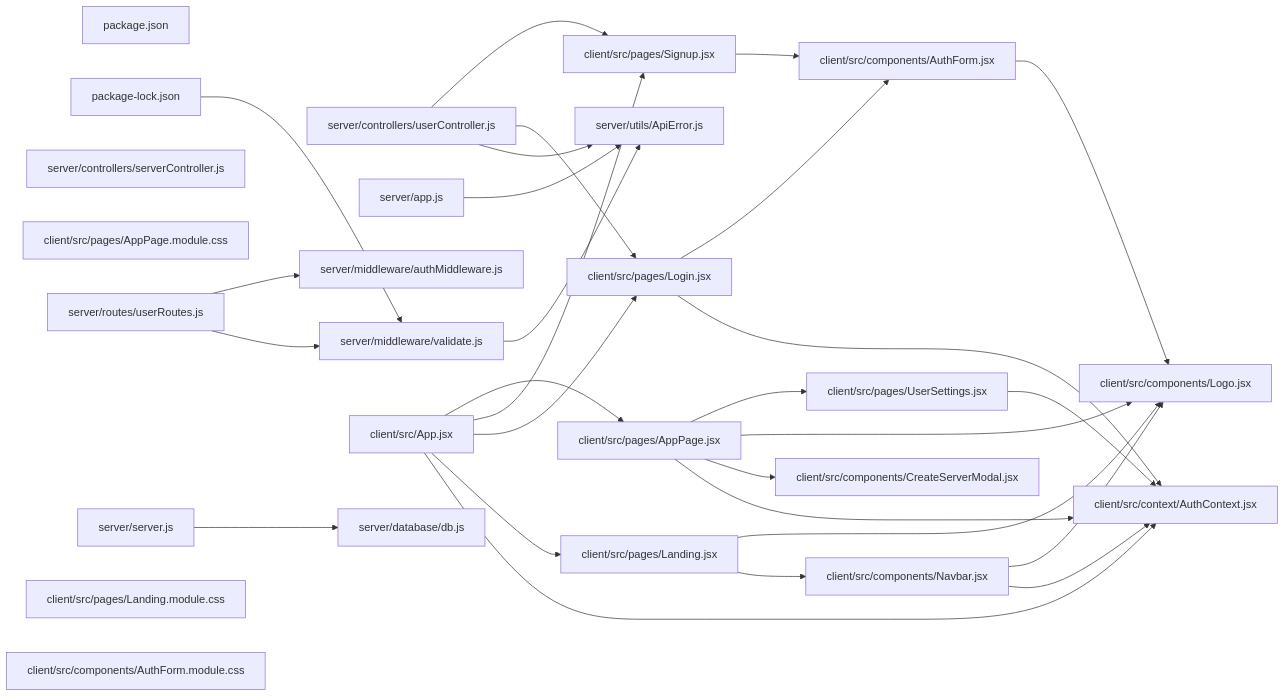
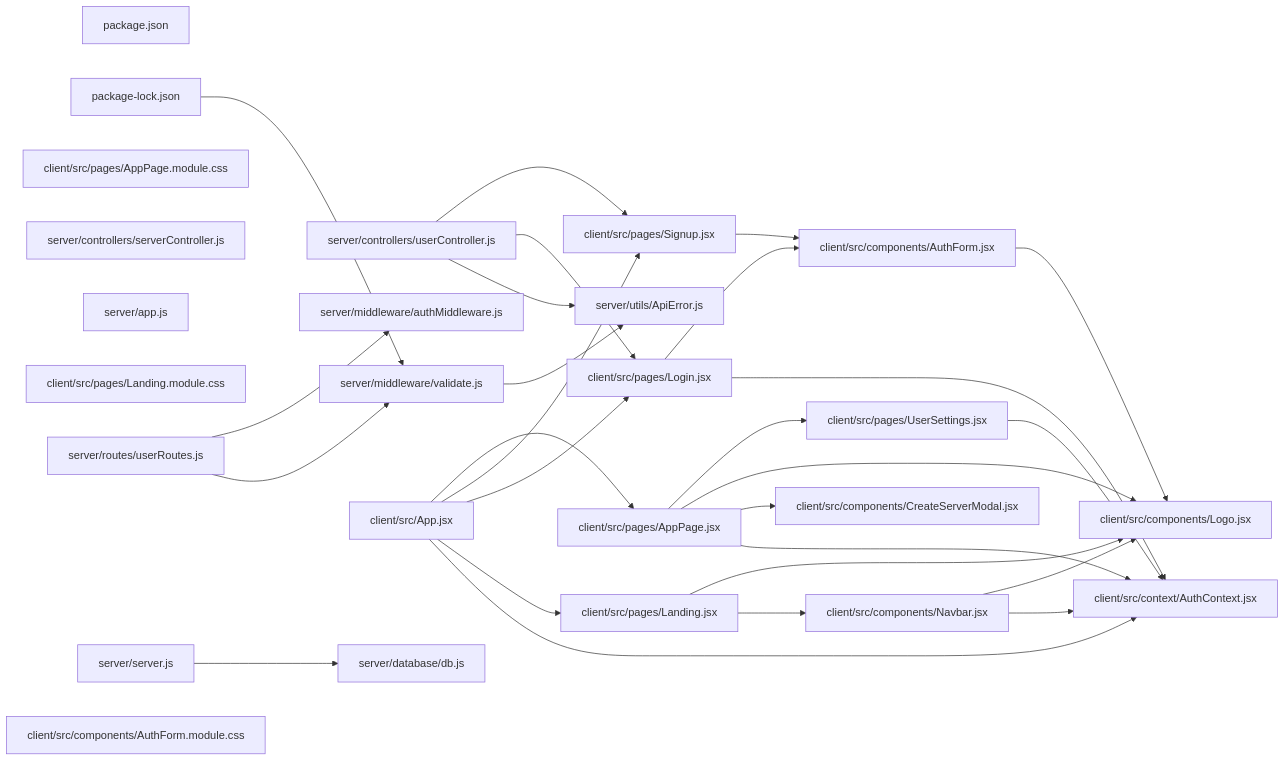
Before and after one commit to MasterXCoder/LinkSphere: the diagram in CONTEXT.md, drawn with Mermaid. The commit also changed other lines of this file and 2 other files, not shown here.

````diff
--- a/CONTEXT.md
+++ b/CONTEXT.md
@@ -231,55 +227,54 @@
 ```mermaid
 graph LR
     f0["client/src/context/AuthContext.jsx"]
     f1["client/src/pages/AppPage.jsx"]
     f2["server/controllers/userController.js"]
     f3["client/src/pages/UserSettings.jsx"]
-    f4["package.json"]
-    f5["package-lock.json"]
-    f6["client/src/components/AuthForm.jsx"]
+    f4["client/src/pages/Signup.jsx"]
+    f5["package.json"]
+    f6["package-lock.json"]
     f7["client/src/pages/Login.jsx"]
     f8["client/src/pages/Landing.jsx"]
-    f9["client/src/components/Navbar.jsx"]
-    f10["client/src/components/CreateServerModal.jsx"]
+    f9["client/src/components/AuthForm.jsx"]
+    f10["client/src/pages/AppPage.module.css"]
     f11["server/controllers/serverController.js"]
     f12["server/app.js"]
-    f13["server/middleware/authMiddleware.js"]
-    f14["client/src/pages/Signup.jsx"]
+    f13["client/src/components/Navbar.jsx"]
+    f14["server/middleware/authMiddleware.js"]
     f15["server/middleware/validate.js"]
-    f16["client/src/pages/AppPage.module.css"]
-    f17["server/utils/ApiError.js"]
-    f18["client/src/App.jsx"]
-    f19["server/routes/userRoutes.js"]
-    f20["client/src/components/Logo.jsx"]
-    f21["server/database/db.js"]
-    f22["server/server.js"]
-    f23["client/src/pages/Landing.module.css"]
+    f16["client/src/App.jsx"]
+    f17["client/src/pages/Landing.module.css"]
+    f18["client/src/components/CreateServerModal.jsx"]
+    f19["server/server.js"]
+    f20["server/utils/ApiError.js"]
+    f21["client/src/components/Logo.jsx"]
+    f22["server/routes/userRoutes.js"]
+    f23["server/database/db.js"]
     f24["client/src/components/AuthForm.module.css"]
     f1 --> f3
-    f1 --> f20
-    f1 --> f10
+    f1 --> f21
+    f1 --> f18
     f1 --> f0
-    f2 --> f14
+    f2 --> f4
     f2 --> f7
-    f2 --> f17
+    f2 --> f20
     f3 --> f0
-    f5 --> f15
-    f6 --> f20
-    f7 --> f6
+    f4 --> f9
+    f6 --> f15
+    f7 --> f9
     f7 --> f0
-    f8 --> f20
-    f8 --> f9
-    f9 --> f20
-    f9 --> f0
-    f12 --> f17
-    f14 --> f6
-    f15 --> f17
-    f18 --> f1
-    f18 --> f14
-    f18 --> f7
-    f18 --> f8
-    f18 --> f0
-    f19 --> f13
-    f19 --> f15
-    f22 --> f21
+    f8 --> f21
+    f8 --> f13
+    f9 --> f21
+    f13 --> f21
+    f13 --> f0
+    f15 --> f20
+    f16 --> f1
+    f16 --> f4
+    f16 --> f7
+    f16 --> f8
+    f16 --> f0
+    f19 --> f23
+    f22 --> f14
+    f22 --> f15
 ```
````
